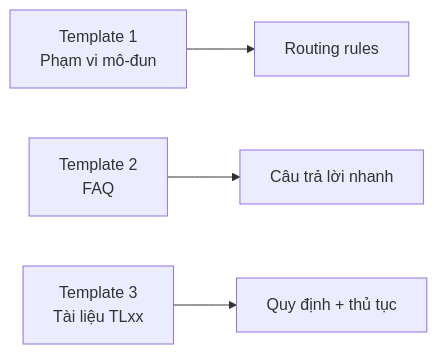
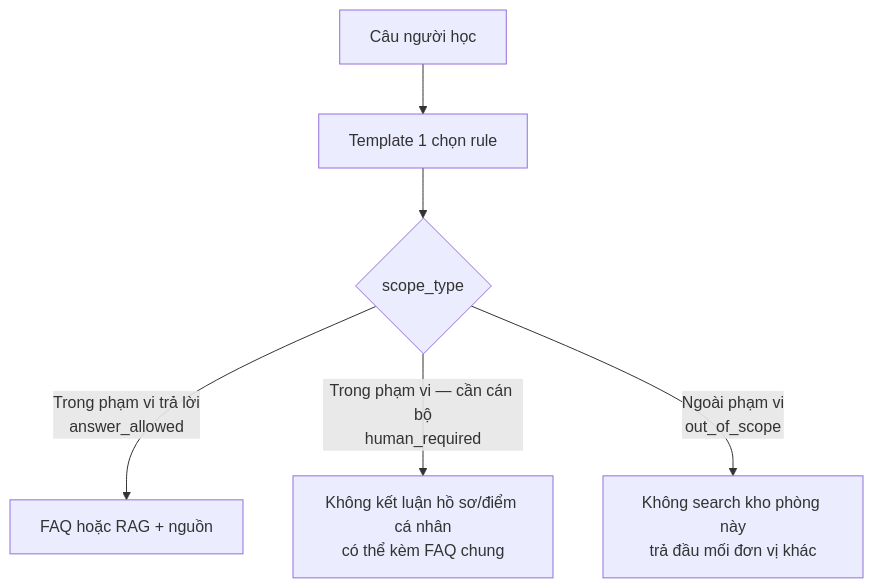
Before and after one commit to LeGiaVan/UEL-Innovation: the third of 10 diagrams in PITCH.md, drawn with Mermaid. The commit also changed other lines of this file, not shown here.

````diff
--- a/PITCH.md
+++ b/PITCH.md
@@ -226,6 +104,8 @@
 ```mermaid
-flowchart LR
-  T1["Template 1<br/>Phạm vi mô-đun"] --> R["Routing rules"]
-  T2["Template 2<br/>FAQ"] --> F["Câu trả lời nhanh"]
-  T3["Template 3<br/>Tài liệu TLxx"] --> D["Quy định + thủ tục"]
+flowchart TB
+  Q["Câu người học"] --> T1["Template 1 chọn rule"]
+  T1 --> S{"scope_type"}
+  S -->|Trong phạm vi trả lời<br/>answer_allowed| A["FAQ hoặc RAG + nguồn"]
+  S -->|Trong phạm vi — cần cán bộ<br/>human_required| H["Không kết luận hồ sơ/điểm cá nhân<br/>có thể kèm FAQ chung"]
+  S -->|Ngoài phạm vi<br/>out_of_scope| O["Không search kho phòng này<br/>trả đầu mối đơn vị khác"]
 ```
````
